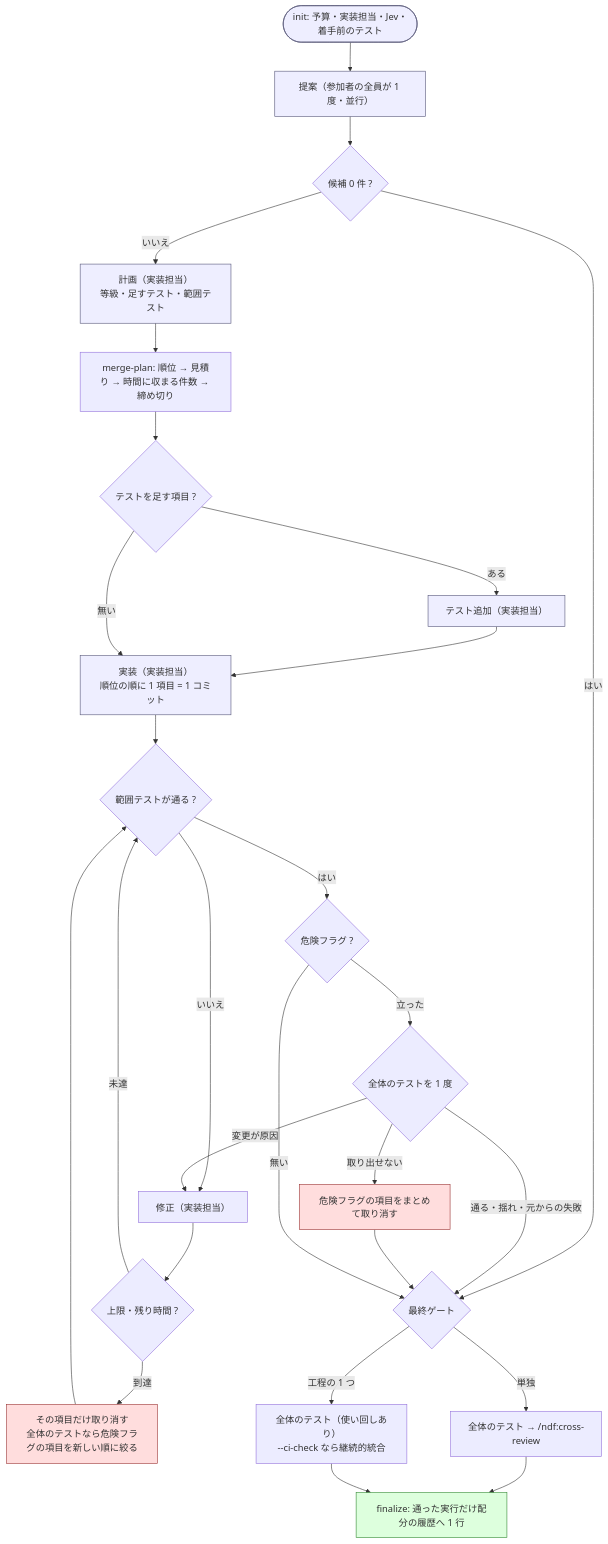
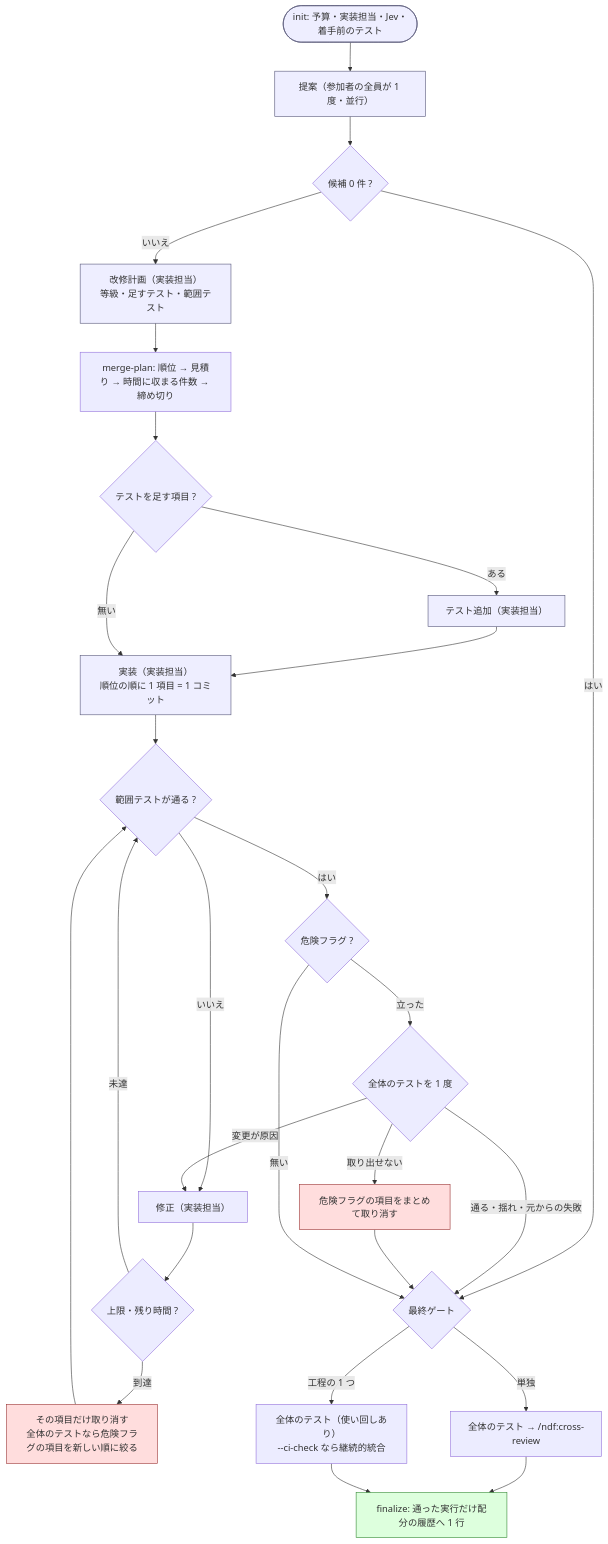
One commit to devbasex/ai-plugins changed the diagram in plugins/ndf/skills/cross-refactoring/SKILL.md. Above: the diagram before and after it, drawn with Mermaid. The commit also changed other lines of this file and 237 other files, not shown here.

````diff
--- a/plugins/ndf/skills/cross-refactoring/SKILL.md
+++ b/plugins/ndf/skills/cross-refactoring/SKILL.md
@@ -122,29 +124,29 @@
 ```mermaid
 flowchart TD
     Init([init: 予算・実装担当・Jev・着手前のテスト]):::phase --> P
     P["提案（参加者の全員が 1 度・並行）"]:::phase --> MP{"候補 0 件 ?"}
     MP -->|はい| Gate
-    MP -->|いいえ| Plan["計画（実装担当）<br/>等級・足すテスト・範囲テスト"]:::phase
+    MP -->|いいえ| Plan["改修計画（実装担当）<br/>等級・足すテスト・範囲テスト"]:::phase
     Plan --> Sel["merge-plan: 順位 → 見積り → 時間に収まる件数 → 締め切り"]
     Sel --> T{"テストを足す項目 ?"}
     T -->|ある| AT["テスト追加（実装担当）"]:::phase --> Impl
     T -->|無い| Impl["実装（実装担当）<br/>順位の順に 1 項目 = 1 コミット"]:::phase
     Impl --> V{"範囲テストが通る ?"}
     V -->|いいえ| Fix["修正（実装担当）"] --> Cap{"上限・残り時間 ?"}
     Cap -->|未達| V
     Cap -->|到達| Drop["その項目だけ取り消す<br/>全体のテストなら危険フラグの項目を新しい順に絞る"]:::stop --> V
     V -->|はい| D{"危険フラグ ?"}
     D -->|立った| W{"全体のテストを 1 度"}
     W -->|通る・揺れ・元からの失敗| Gate
     W -->|変更が原因| Fix
     W -->|取り出せない| DropAll["危険フラグの項目をまとめて取り消す"]:::stop --> Gate
     D -->|無い| Gate{"最終ゲート"}
     Gate -->|単独| CR["全体のテスト → /ndf:cross-review"]
     Gate -->|工程の 1 つ| Whole["全体のテスト（使い回しあり）<br/>--ci-check なら継続的統合"]
     CR --> Fin["finalize: 通った実行だけ配分の履歴へ 1 行"]:::ok
     Whole --> Fin
 
     classDef phase fill:#eef,stroke:#557
     classDef ok fill:#dfd,stroke:#383
     classDef stop fill:#fdd,stroke:#933
 ```
````
